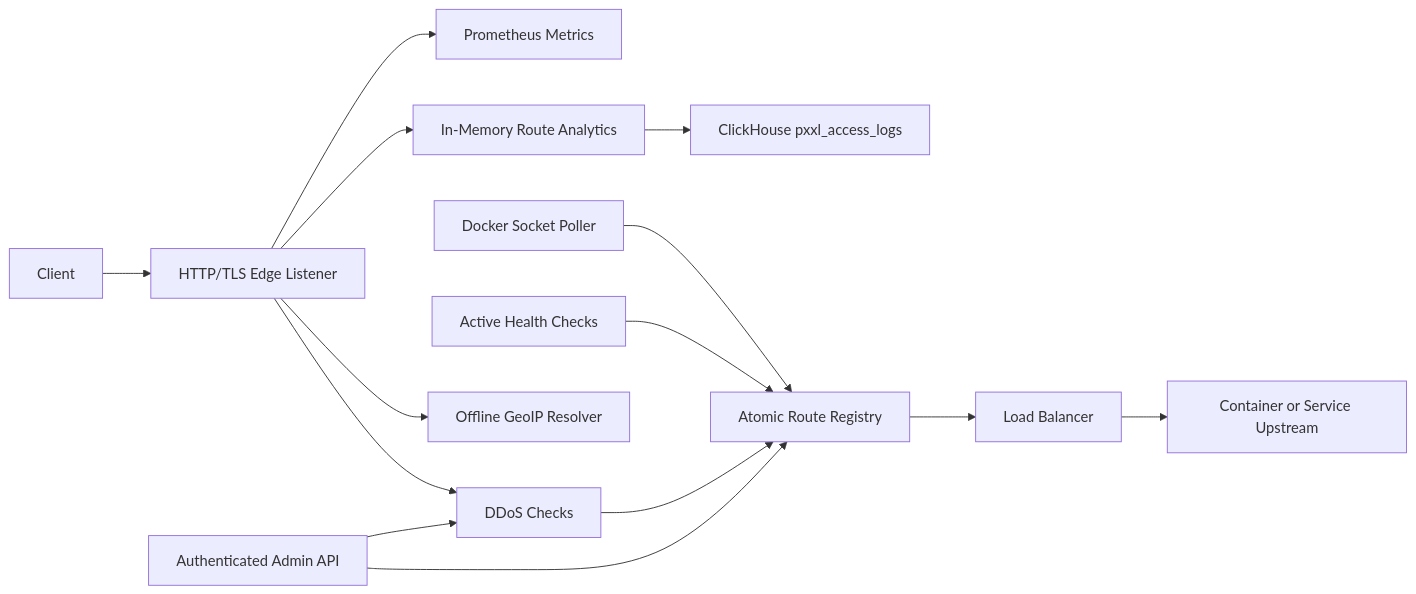
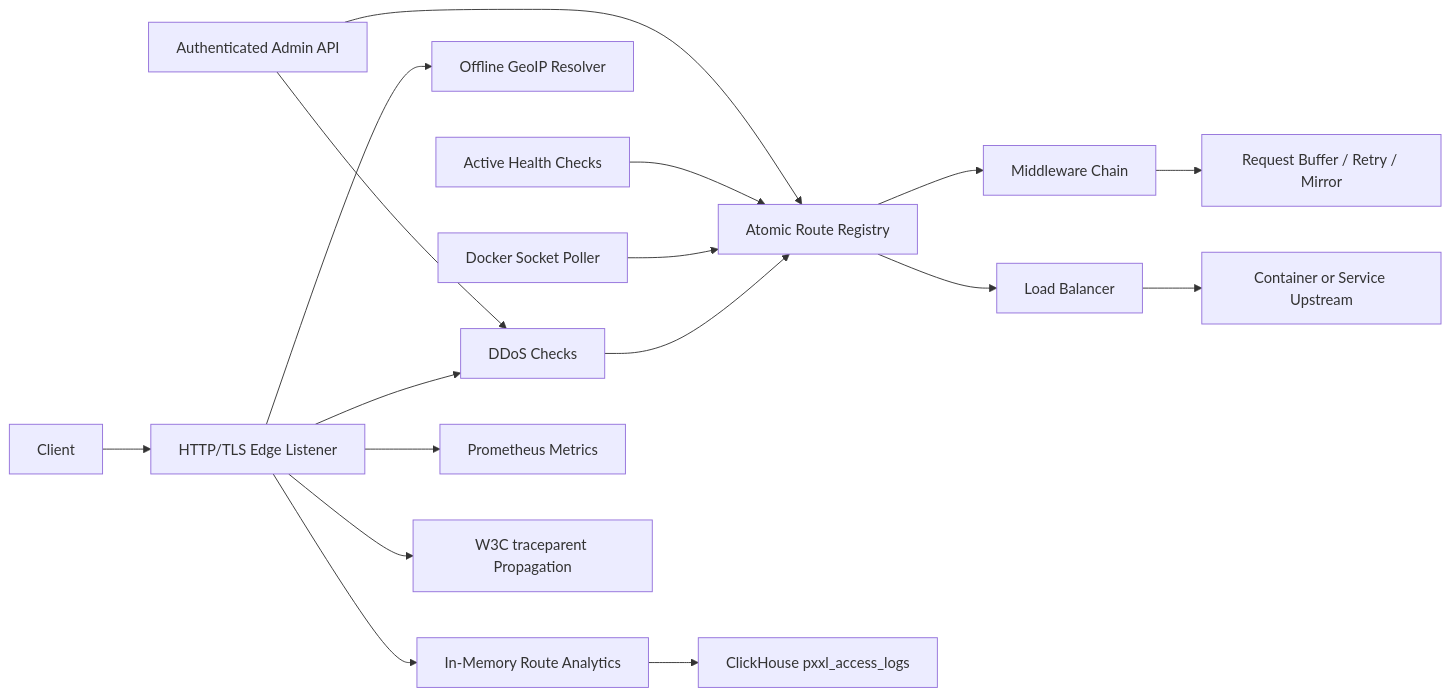
Before and after one commit to ikwerre-dev/Pxxl-Proxy-System: the diagram in docs/architecture.md, drawn with Mermaid. The commit also changed other lines of this file and 2 other files, not shown here.

First line of the commit message:
docs(api,architecture): document middleware, transport, buffering, and advanced routing features

````diff
--- a/docs/architecture.md
+++ b/docs/architecture.md
@@ -5,16 +5,19 @@
 ```mermaid
 flowchart LR
   Client["Client"] --> Edge["HTTP/TLS Edge Listener"]
   Edge --> Security["DDoS Checks"]
   Edge --> GeoIP["Offline GeoIP Resolver"]
   Security --> Router["Atomic Route Registry"]
+  Router --> Middleware["Middleware Chain"]
+  Middleware --> Buffer["Request Buffer / Retry / Mirror"]
   Router --> LB["Load Balancer"]
   LB --> Upstream["Container or Service Upstream"]
   Docker["Docker Socket Poller"] --> Router
   Health["Active Health Checks"] --> Router
   Admin["Authenticated Admin API"] --> Router
   Admin --> Security
   Edge --> Analytics["In-Memory Route Analytics"]
   Analytics --> ClickHouse["ClickHouse pxxl_access_logs"]
   Edge --> Metrics["Prometheus Metrics"]
+  Edge --> Trace["W3C traceparent Propagation"]
 ```
````
